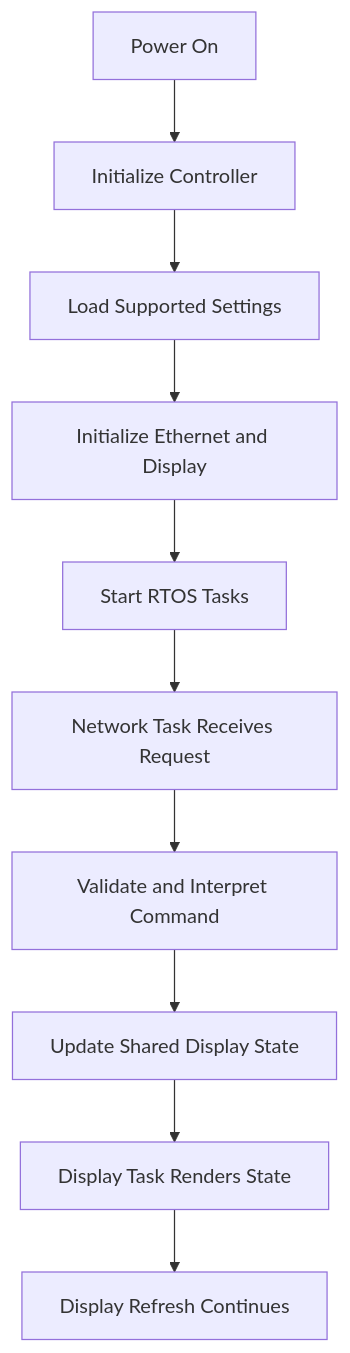
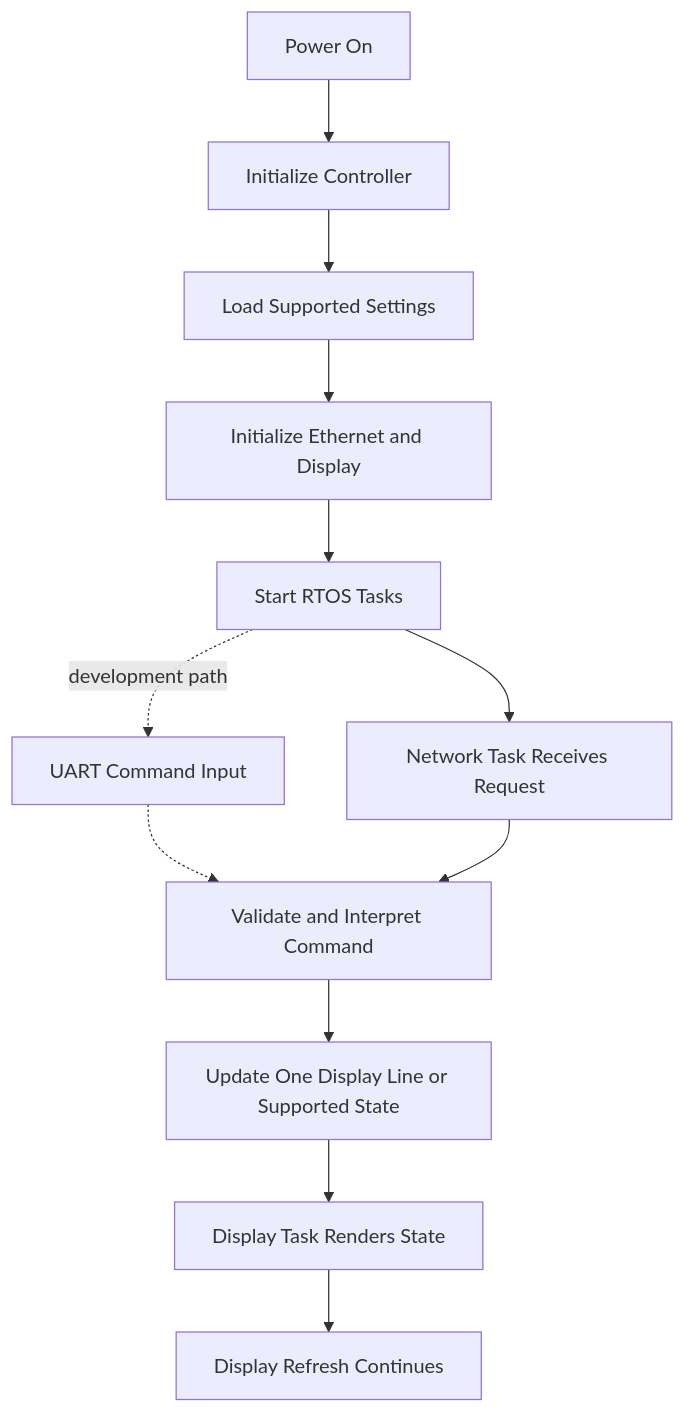
Before and after one commit to shiventaparia/esp32-p10-ethernet-controller: the diagram in diagrams/firmware-flow.mmd, drawn with Mermaid. The commit also changed 35 other files, not shown here.

```diff
--- a/diagrams/firmware-flow.mmd
+++ b/diagrams/firmware-flow.mmd
@@ -1,11 +1,14 @@
-%% Conceptual firmware flow only; actual boot sequence and implementation need owner confirmation.
+%% Portfolio evidence only: conceptual firmware flow; not an exact trace of the delivered implementation.
+%% The root src/main.cpp is the only firmware source and is redacted/non-buildable; the independent host example is the runnable code sample.
 flowchart TD
     A[Power On] --> B[Initialize Controller]
     B --> C[Load Supported Settings]
     C --> D[Initialize Ethernet and Display]
     D --> E[Start RTOS Tasks]
     E --> F[Network Task Receives Request]
+    E -. development path .-> U[UART Command Input]
+    U -.-> G[Validate and Interpret Command]
     F --> G[Validate and Interpret Command]
-    G --> H[Update Shared Display State]
+    G --> H[Update One Display Line or Supported State]
     H --> I[Display Task Renders State]
     I --> J[Display Refresh Continues]
```
